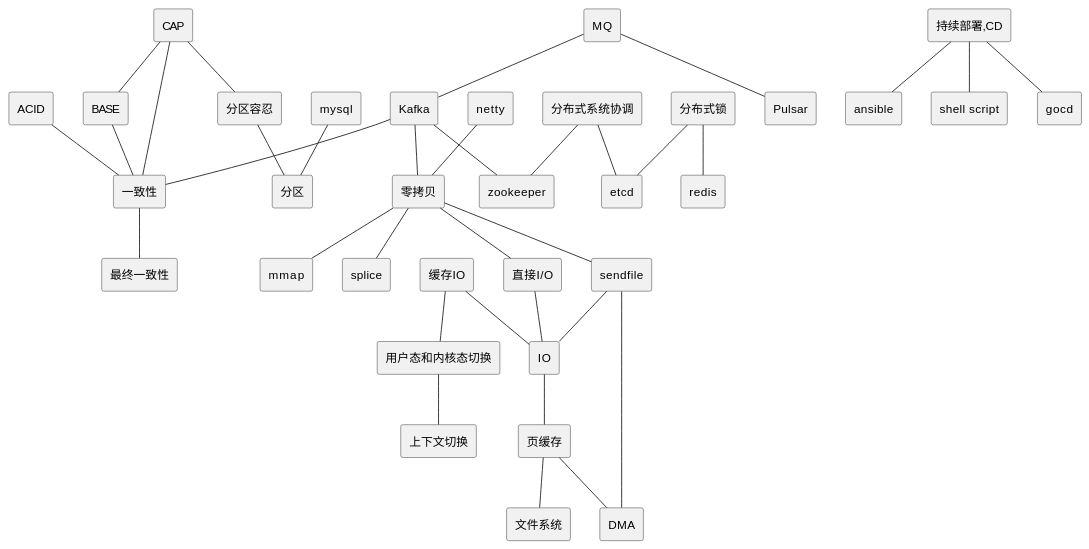
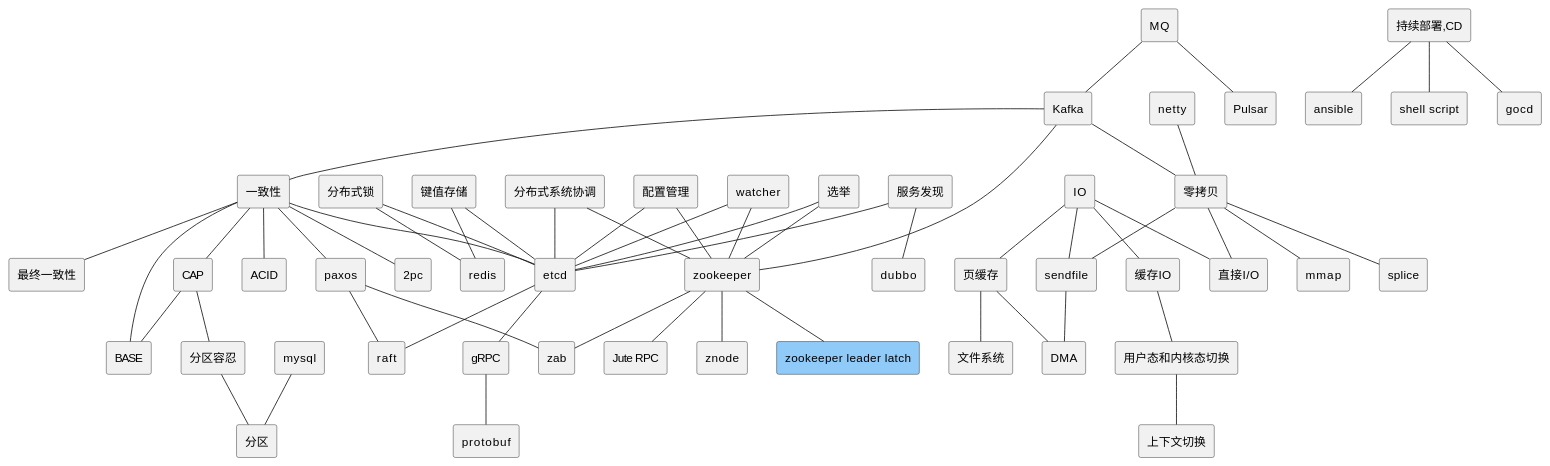
One commit to wiloon/blog changed the diagram in content/post/archive-1/2015-08-06-dev-env.md. Above: the diagram before and after it, drawn with PlantUML. The commit also changed 7 other files, not shown here.

````diff
--- a/content/post/archive-1/2015-08-06-dev-env.md
+++ b/content/post/archive-1/2015-08-06-dev-env.md
@@ -127,25 +127,42 @@
 [etcd]
 [分布式锁] as lockd
 [redis]
+[配置管理] as config
+[服务发现] as sd
+[dubbo]
+[gRPC] as grpc
+[Jute RPC] as jute
+[protobuf]
+[键值存储] as kv
+[raft]
+[zab]
+[watcher]
+[znode]
+[paxos]
+[选举] as leader_latch
+[2pc]
+[zookeeper leader latch] as zookeeper_leader_latch #90CAF9
 kafka--consistency
 cap--base
-cap--consistency
+consistency--cap
 partition_tolerance--partition
 mysql--partition
 consistency--eventual_consistency
-acid--consistency
-base--consistency
+consistency--acid
+consistency--base
+consistency--2pc
+consistency--paxos
 cap--partition_tolerance
 mq--kafka
 mq--pulsar
 kafka--zero_copy
 netty--zero_copy
 io--page_cache
-buffered_io--io
-sendfile--io
+io--buffered_io
+io--sendfile
 page_cache--dma
 page_cache--file_system
-direct_io--io
+io--direct_io
 zero_copy--direct_io
 zero_copy--mmap
 zero_copy--sendfile
@@ -161,5 +178,26 @@
 coordinate--etcd
 lockd--redis
 lockd--etcd
+config--etcd
+config--zookeeper
+sd--etcd
+sd--dubbo
+etcd--grpc
+zookeeper--jute
+grpc--protobuf
+kv--etcd
+kv--redis
+consistency--etcd
+etcd--raft
+zookeeper--zab
+zookeeper--zookeeper_leader_latch
+watcher--zookeeper
+watcher--etcd
+zookeeper--znode
+paxos--raft
+paxos--zab
+leader_latch--zookeeper
+leader_latch--etcd
 @enduml
+
 ```
````
